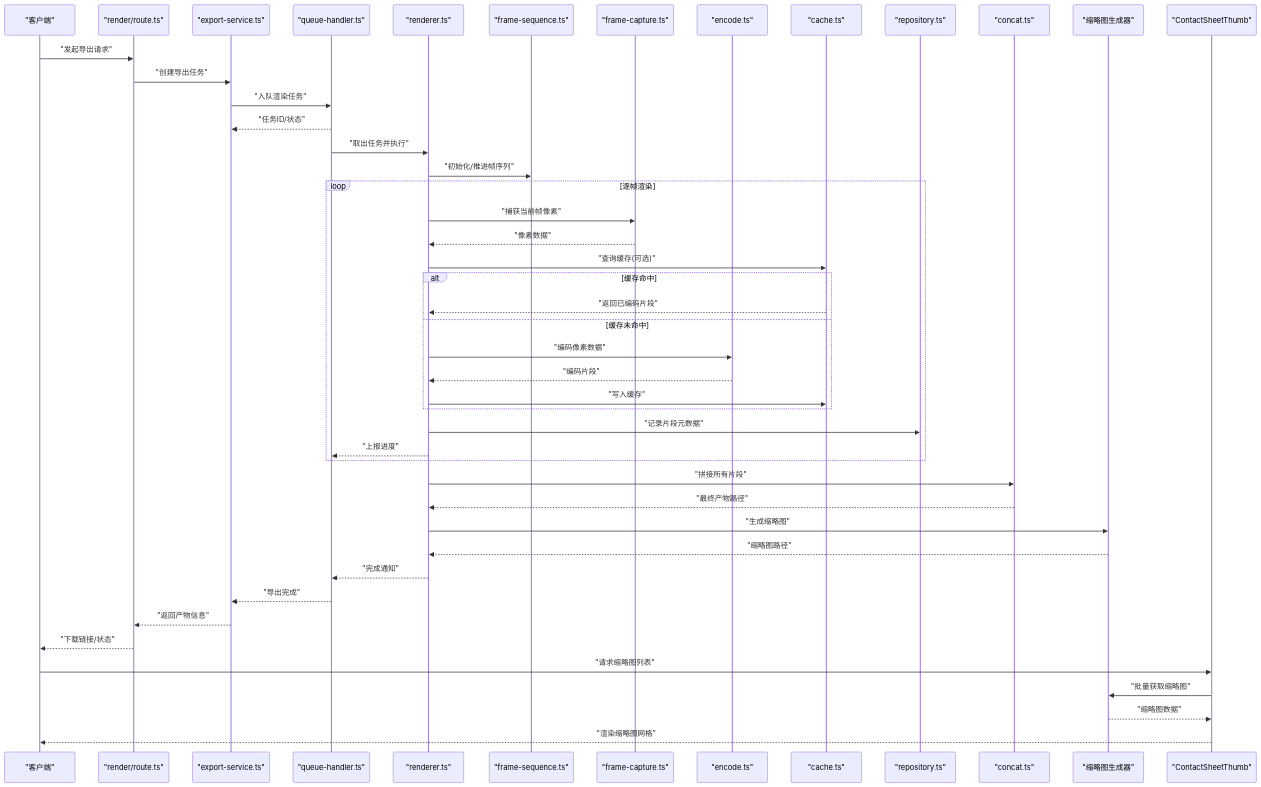
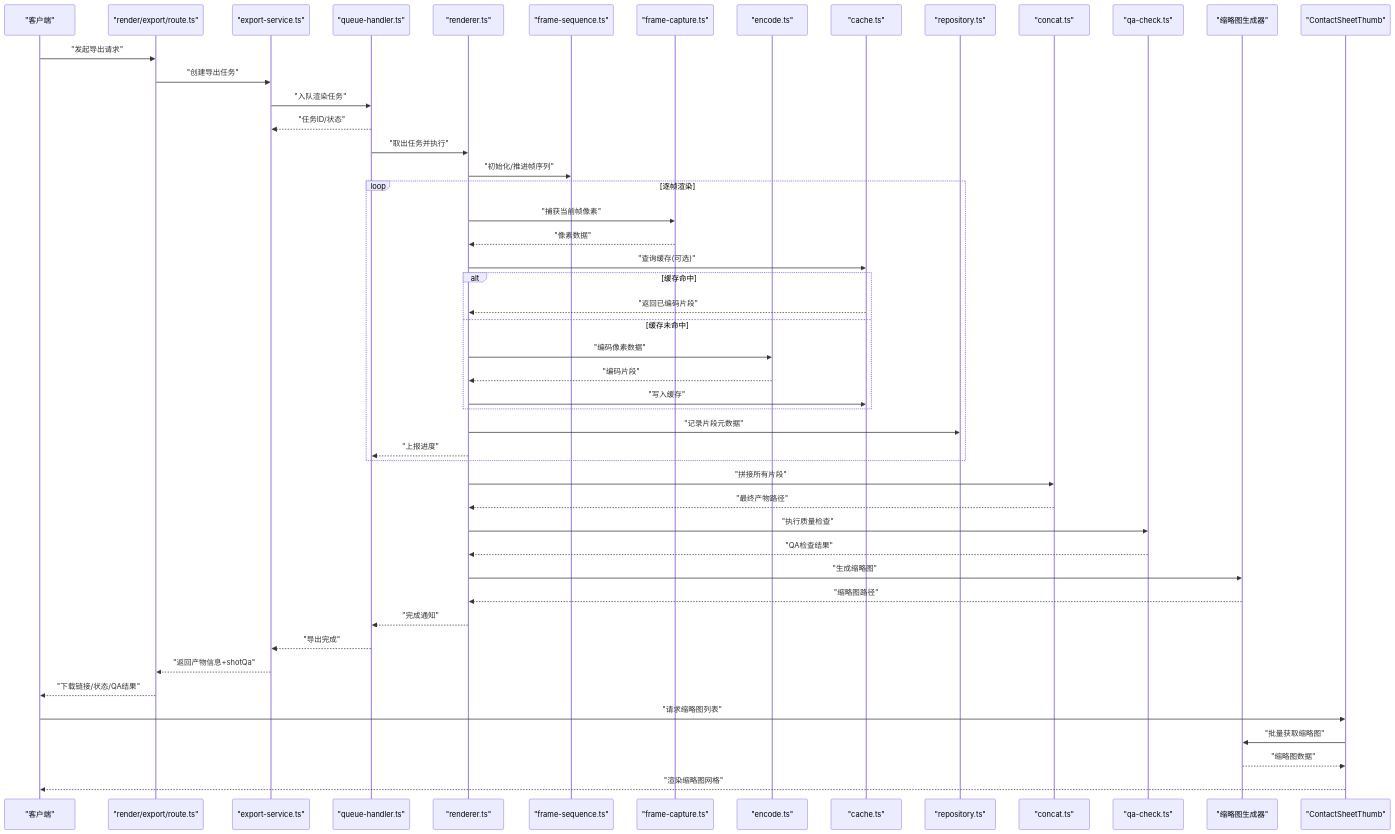
Before and after one commit to AIMFllyYS/code-video-canvas: the second of 18 diagrams in .qoder/repowiki/zh/content/架构设计/核心模块设计/渲染引擎设计/渲染引擎设计.md, drawn with Mermaid. The commit also changed other lines of this file and 7 other files, not shown here.

````diff
--- a/.qoder/repowiki/zh/content/架构设计/核心模块设计/渲染引擎设计/渲染引擎设计.md
+++ b/.qoder/repowiki/zh/content/架构设计/核心模块设计/渲染引擎设计/渲染引擎设计.md
@@ -191,48 +205,51 @@
 ```mermaid
 sequenceDiagram
 participant Client as "客户端"
-participant Route as "render/route.ts"
+participant Route as "render/export/route.ts"
 participant Exp as "export-service.ts"
 participant Q as "queue-handler.ts"
 participant R as "renderer.ts"
 participant FS as "frame-sequence.ts"
 participant FC as "frame-capture.ts"
 participant ENC as "encode.ts"
 participant C as "cache.ts"
 participant REPO as "repository.ts"
 participant CAT as "concat.ts"
+participant QA as "qa-check.ts"
 participant THUMB as "缩略图生成器"
 participant UI as "ContactSheetThumb"
 Client->>Route : "发起导出请求"
 Route->>Exp : "创建导出任务"
 Exp->>Q : "入队渲染任务"
 Q-->>Exp : "任务ID/状态"
 Q->>R : "取出任务并执行"
 R->>FS : "初始化/推进帧序列"
 loop 逐帧渲染
 R->>FC : "捕获当前帧像素"
 FC-->>R : "像素数据"
 R->>C : "查询缓存(可选)"
 alt 缓存命中
 C-->>R : "返回已编码片段"
 else 缓存未命中
 R->>ENC : "编码像素数据"
 ENC-->>R : "编码片段"
 R->>C : "写入缓存"
 end
 R->>REPO : "记录片段元数据"
 R-->>Q : "上报进度"
 end
 R->>CAT : "拼接所有片段"
 CAT-->>R : "最终产物路径"
+R->>QA : "执行质量检查"
+QA-->>R : "QA检查结果"
 R->>THUMB : "生成缩略图"
 THUMB-->>R : "缩略图路径"
 R-->>Q : "完成通知"
 Q-->>Exp : "导出完成"
-Exp-->>Route : "返回产物信息"
-Route-->>Client : "下载链接/状态"
+Exp-->>Route : "返回产物信息+shotQa"
+Route-->>Client : "下载链接/状态/QA结果"
 Client->>UI : "请求缩略图列表"
 UI->>THUMB : "批量获取缩略图"
 THUMB-->>UI : "缩略图数据"
 UI-->>Client : "渲染缩略图网格"
 ```
````
